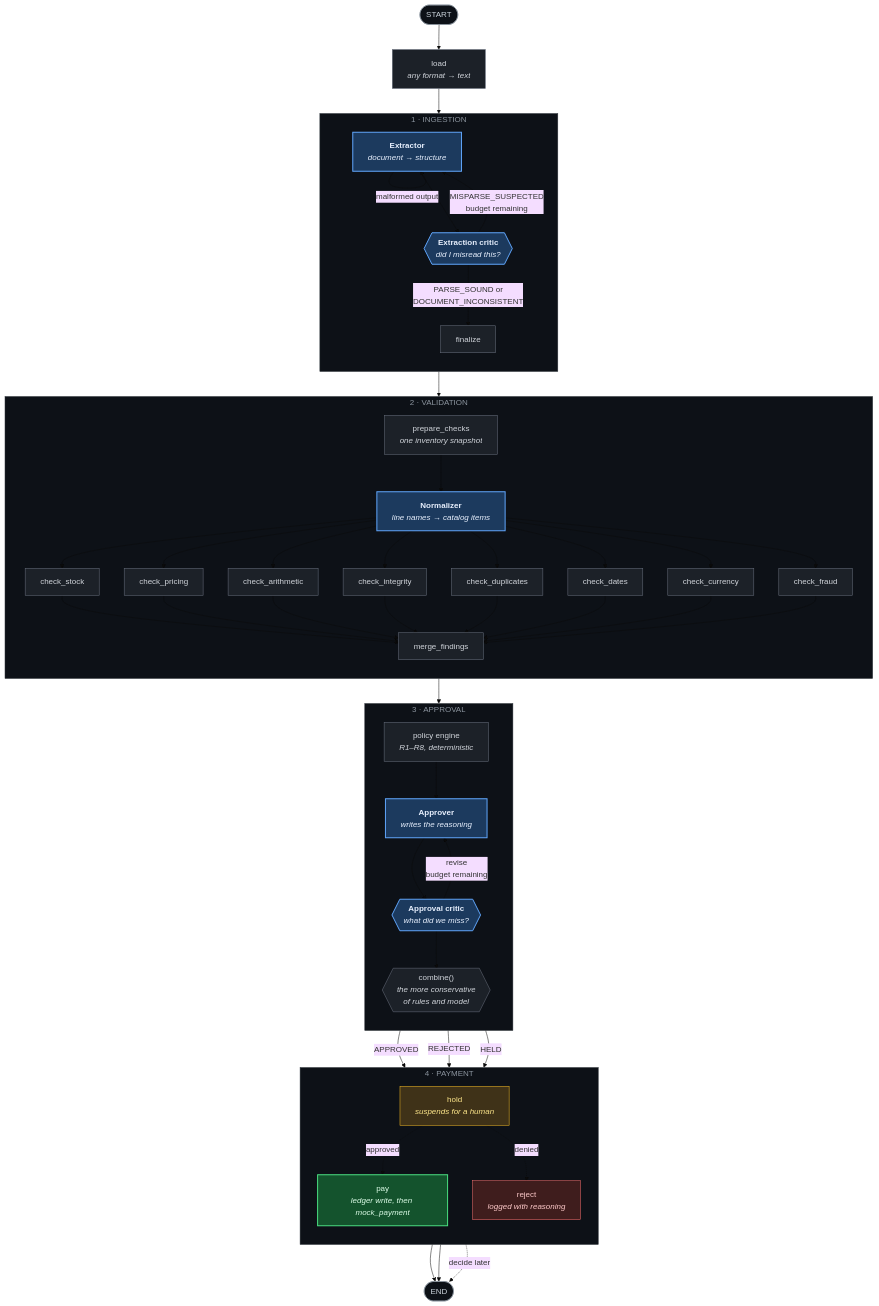
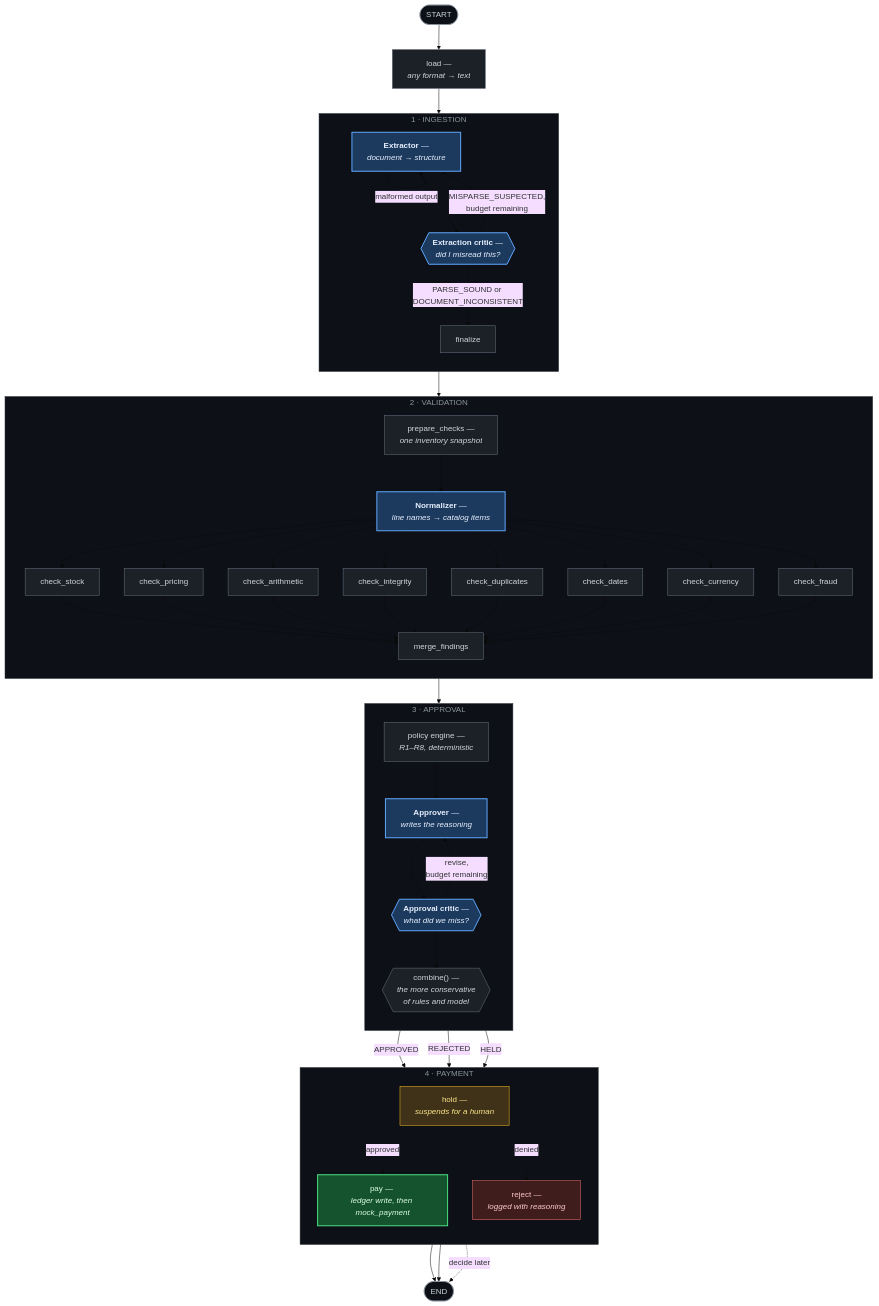
One commit to ianellis015/galatiq-case-invoices changed the diagram in README.md. Above: the diagram before and after it, drawn with Mermaid (base theme). The commit also changed other lines of this file and 12 other files, not shown here.

````diff
--- a/README.md
+++ b/README.md
@@ -204,25 +257,25 @@
 ```mermaid
 flowchart TD
-    START([START]) --> LOAD["load<br/><i>any format → text</i>"]
+    START([START]) --> LOAD["load — <br/><i>any format → text</i>"]
     LOAD --> EXTRACT
 
     subgraph INGEST ["1 · INGESTION"]
         direction TB
-        EXTRACT["<b>Extractor</b><br/><i>document → structure</i>"]
-        ECRIT{{"<b>Extraction critic</b><br/><i>did I misread this?</i>"}}
+        EXTRACT["<b>Extractor</b> — <br/><i>document → structure</i>"]
+        ECRIT{{"<b>Extraction critic</b> — <br/><i>did I misread this?</i>"}}
         FINAL["finalize"]
 
         EXTRACT -->|"malformed output"| EXTRACT
         EXTRACT --> ECRIT
-        ECRIT -->|"MISPARSE_SUSPECTED<br/>budget remaining"| EXTRACT
-        ECRIT -->|"PARSE_SOUND or<br/>DOCUMENT_INCONSISTENT"| FINAL
+        ECRIT -->|"MISPARSE_SUSPECTED, <br/>budget remaining"| EXTRACT
+        ECRIT -->|"PARSE_SOUND or <br/>DOCUMENT_INCONSISTENT"| FINAL
     end
 
-    FINAL --> PREP["prepare_checks<br/><i>one inventory snapshot</i>"]
+    FINAL --> PREP["prepare_checks — <br/><i>one inventory snapshot</i>"]
 
     subgraph VALIDATE ["2 · VALIDATION"]
         direction TB
-        PREP --> NORM["<b>Normalizer</b><br/><i>line names → catalog items</i>"]
+        PREP --> NORM["<b>Normalizer</b> — <br/><i>line names → catalog items</i>"]
         NORM --> C1["check_stock"]
         NORM --> C2["check_pricing"]
         NORM --> C3["check_arithmetic"]
@@ -244,18 +297,18 @@
 
     subgraph APPROVAL ["3 · APPROVAL"]
         direction TB
-        MERGE --> RULES["policy engine<br/><i>R1–R8, deterministic</i>"]
-        RULES --> APPROVER["<b>Approver</b><br/><i>writes the reasoning</i>"]
-        APPROVER --> ACRIT{{"<b>Approval critic</b><br/><i>what did we miss?</i>"}}
-        ACRIT -->|"revise<br/>budget remaining"| APPROVER
-        ACRIT --> LOCK{{"combine()<br/><i>the more conservative<br/>of rules and model</i>"}}
+        MERGE --> RULES["policy engine — <br/><i>R1–R8, deterministic</i>"]
+        RULES --> APPROVER["<b>Approver</b> — <br/><i>writes the reasoning</i>"]
+        APPROVER --> ACRIT{{"<b>Approval critic</b> — <br/><i>what did we miss?</i>"}}
+        ACRIT -->|"revise, <br/>budget remaining"| APPROVER
+        ACRIT --> LOCK{{"combine() — <br/><i>the more conservative </i><br/><i>of rules and model</i>"}}
     end
 
     subgraph SETTLE ["4 · PAYMENT"]
         direction TB
-        PAY["pay<br/><i>ledger write, then mock_payment</i>"]
-        REJ["reject<br/><i>logged with reasoning</i>"]
-        HOLD["hold<br/><i>suspends for a human</i>"]
+        PAY["pay — <br/><i>ledger write, then mock_payment</i>"]
+        REJ["reject — <br/><i>logged with reasoning</i>"]
+        HOLD["hold — <br/><i>suspends for a human</i>"]
 
         HOLD -.->|"approved"| PAY
         HOLD -.->|"denied"| REJ
````
